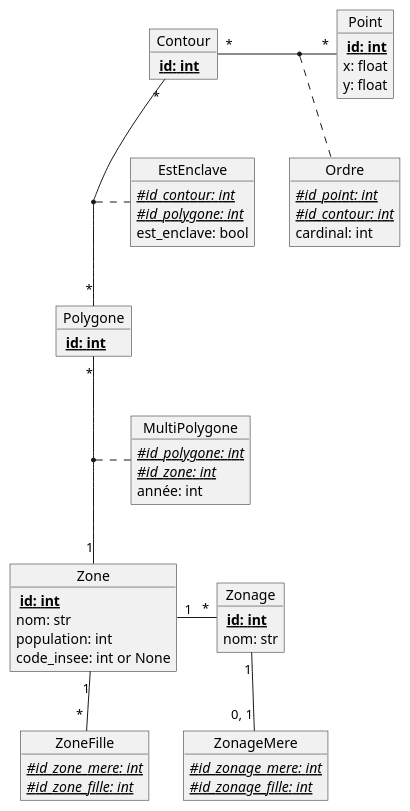
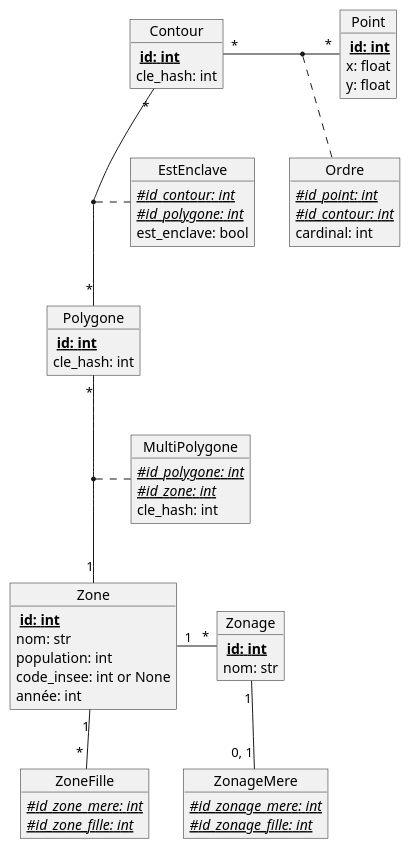
Before and after one commit to antoni-guardia/ENSAI_ProjetInfo2A: the diagram in doc/diagrammes/diagramme_entite_relation.md, drawn with PlantUML. The commit also changed 1 other file, not shown here.

Commit message:
diag bdd, ajout hash

```diff
--- a/doc/diagrammes/diagramme_entite_relation.md
+++ b/doc/diagrammes/diagramme_entite_relation.md
@@ -4,72 +4,77 @@
 @startuml
 object Zonage{
 <b> {Static} id: int
 nom: str
 }
 
 object Zone{
 <b> {Static} id: int 
 nom: str
 population: int
 code_insee: int or None
+année: int
+
 }
 
 object MultiPolygone{
 {Static}//#id_polygone: int//
 {Static}//#id_zone: int//
-année: int
+cle_hash: int
+
 }
 
 
 
 object Polygone{
 <b> {Static} id: int
+cle_hash: int
 }
 
 object Contour{
 <b> {Static} id: int
+cle_hash: int
 }
 
 object Point{
 <b> {Static} id: int
 x: float
 y: float
 }
 object EstEnclave{
 {Static}//#id_contour: int//
 {Static}//#id_polygone: int//
 est_enclave: bool
 }
 
 object Ordre{
 {Static}//#id_point: int//
 {Static}//#id_contour: int//
 cardinal: int
 
 }
 
 object ZoneFille{
 {Static}//#id_zone_mere: int//
 {Static}//#id_zone_fille: int//
 }
 
 object ZonageMere{
 {Static}//#id_zonage_mere: int//
 {Static}//#id_zonage_fille: int//
 }
 Zonage "1"-- "0, 1" ZonageMere
 
 Polygone "*" -- "1" Zone
 (Polygone, Zone) .. MultiPolygone
 
 Contour "*" -- "*" Polygone
 (Contour, Polygone) .. EstEnclave
 
 Contour "*" -right- "*" Point
 (Contour, Point) .. Ordre
 
 Zone "1" -down- " * " ZoneFille
 Zone "1" -right- "*" Zonage
 
 
 @enduml
```
